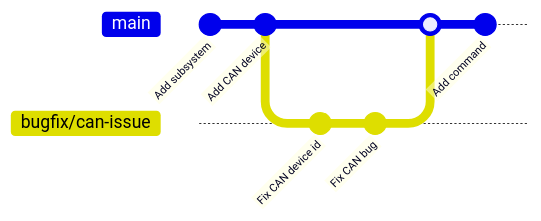
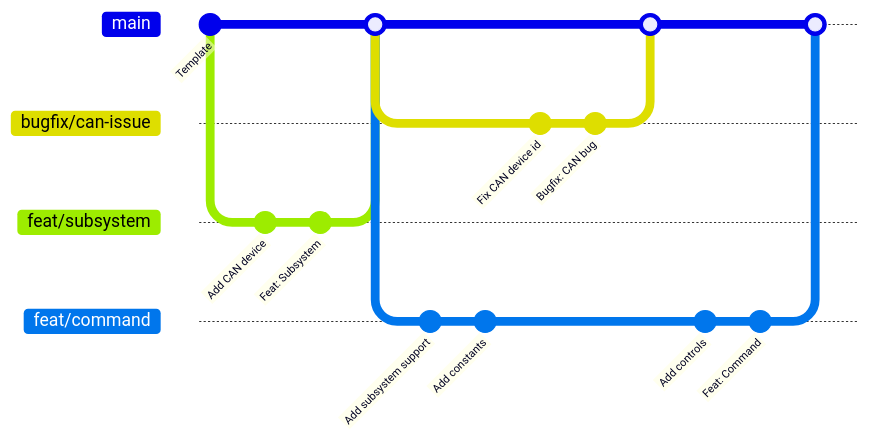
One commit to Chargers-4189/Rebuilt-2026 changed the diagram in CONTRIBUTING.md. Above: the diagram before and after it, drawn with Mermaid. The commit also changed other lines of this file and 1 other file, not shown here.

Commit message:
Fix readme link

````diff
--- a/CONTRIBUTING.md
+++ b/CONTRIBUTING.md
@@ -86,12 +99,27 @@
 ```mermaid
 gitGraph
-    commit id: "Add subsystem"
+    commit id: "Template"
+    branch feat/subsystem order: 2
+    checkout feat/subsystem
     commit id: "Add CAN device"
-    branch bugfix/can-issue
+    commit id: "Feat: Subsystem"
+    checkout main
+    merge feat/subsystem
+    branch bugfix/can-issue order: 1
+    branch feat/command order: 3
+    checkout feat/command
+    commit id: "Add subsystem support"
+    checkout feat/command
+    commit id: "Add constants"
+    checkout main
     checkout bugfix/can-issue
     commit id: "Fix CAN device id"
-    commit id: "Fix CAN bug"
+    commit id: "Bugfix: CAN bug"
     checkout main
     merge bugfix/can-issue
-    commit id: "Add command"
+    checkout feat/command
+    commit id: "Add controls"
+    commit id: "Feat: Command"
+    checkout main
+    merge feat/command
 ```
````
